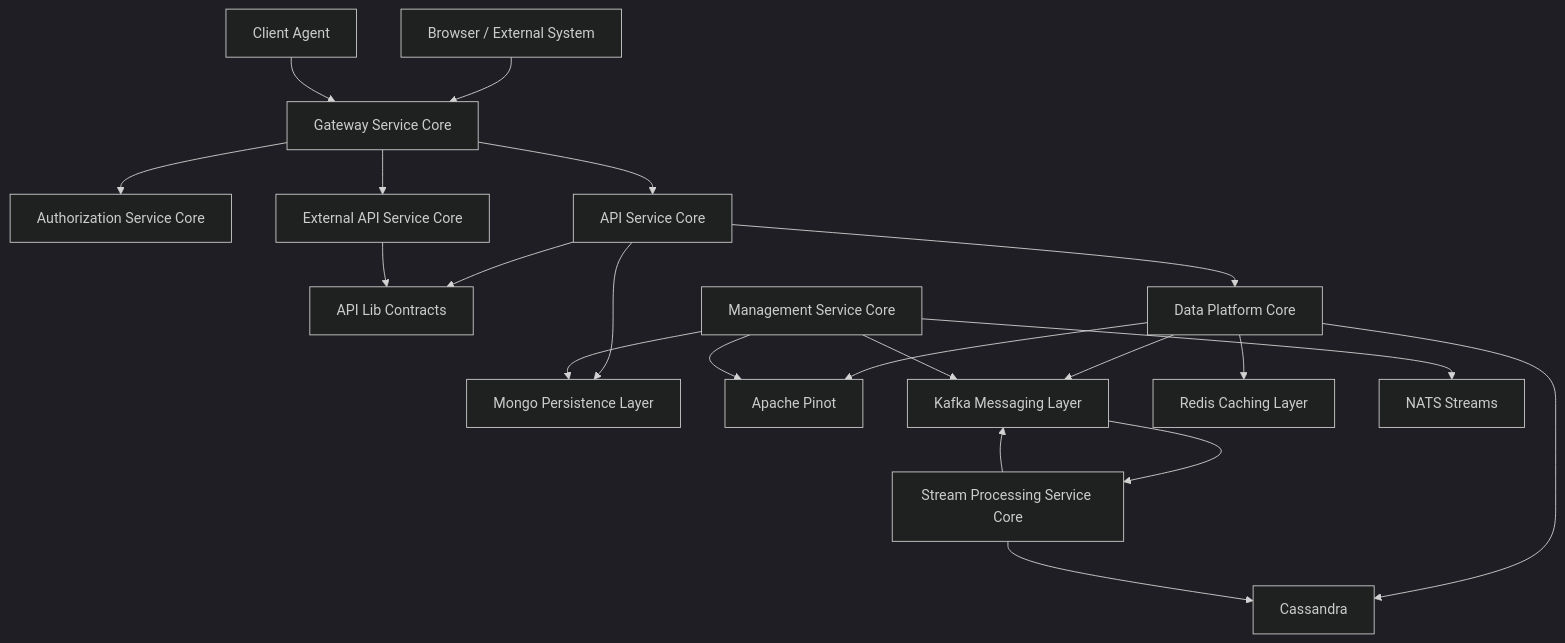
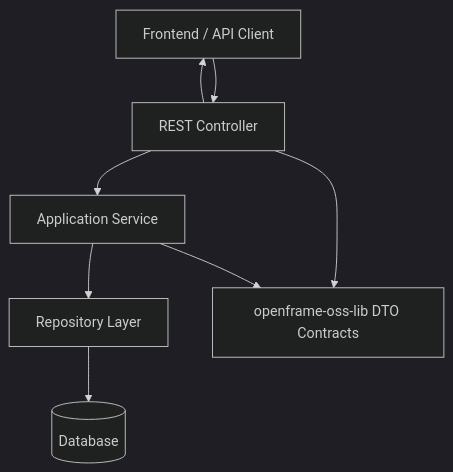
Before and after one commit to flamingo-stack/openframe-oss-lib: the diagram in docs/diagrams/architecture/README.mmd, drawn with Mermaid (dark theme). The commit also changed 17 other files, not shown here.

Commit message:
docs: Stage 2 - Architecture analysis (3 files) [skip ci]

```diff
--- a/docs/diagrams/architecture/README.mmd
+++ b/docs/diagrams/architecture/README.mmd
@@ -1,27 +1,16 @@
 flowchart TD
-    Client["Browser / External System"] --> Gateway["Gateway Service Core"]
-    Agent["Client Agent"] --> Gateway
+    Client["Frontend / API Client"]
+    Controller["REST Controller"]
+    Service["Application Service"]
+    Repository["Repository Layer"]
+    Database[("Database")]
 
-    Gateway --> Auth["Authorization Service Core"]
-    Gateway --> Api["API Service Core"]
-    Gateway --> External["External API Service Core"]
+    DTOs["openframe-oss-lib DTO Contracts"]
 
-    Api --> Contracts["API Lib Contracts"]
-    External --> Contracts
-
-    Api --> Mongo["Mongo Persistence Layer"]
-    Api --> DataCore["Data Platform Core"]
-
-    DataCore --> Cassandra["Cassandra"]
-    DataCore --> Pinot["Apache Pinot"]
-    DataCore --> Kafka["Kafka Messaging Layer"]
-    DataCore --> Redis["Redis Caching Layer"]
-
-    Kafka --> Stream["Stream Processing Service Core"]
-    Stream --> Cassandra
-    Stream --> Kafka
-
-    Management["Management Service Core"] --> Kafka
-    Management --> Pinot
-    Management --> Mongo
-    Management --> NATS["NATS Streams"]
+    Client --> Controller
+    Controller --> DTOs
+    Controller --> Service
+    Service --> Repository
+    Repository --> Database
+    Service --> DTOs
+    Controller --> Client
```
